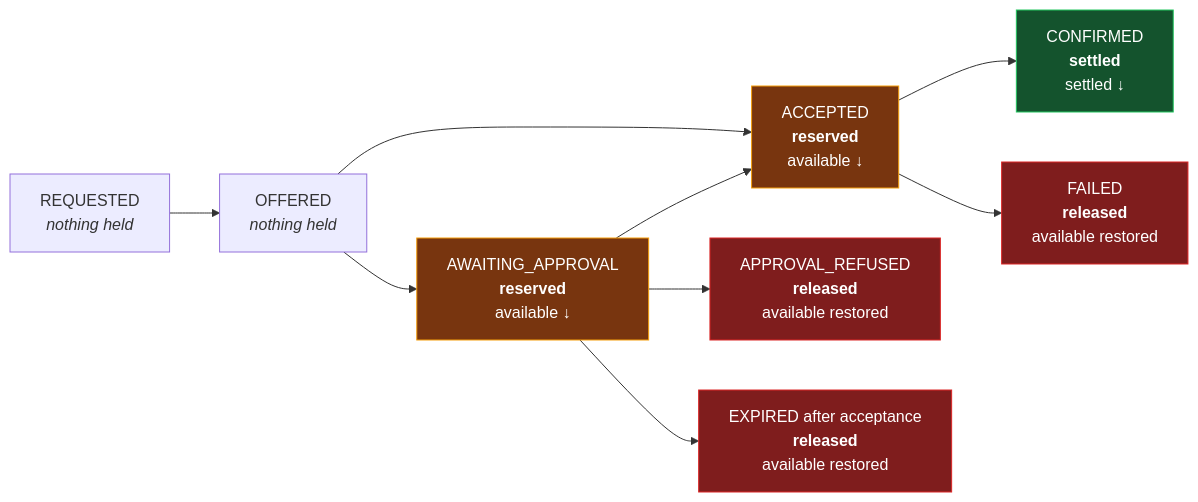
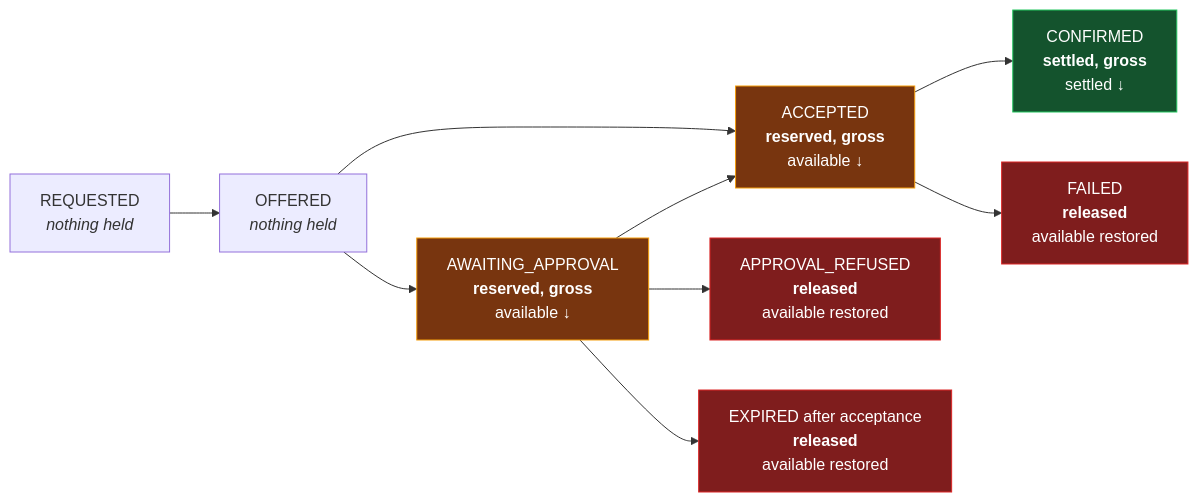
The fourth of 6 diagrams in specs/40-processes/01-trade-lifecycle.md (lukastosic-ifd/peakpowerspecs), drawn with Mermaid before and after one commit. The commit also changed other lines of this file and 66 other files, not shown here.

````diff
--- a/specs/40-processes/01-trade-lifecycle.md
+++ b/specs/40-processes/01-trade-lifecycle.md
@@ -154,27 +212,27 @@
 ```mermaid
 flowchart LR
     S1["REQUESTED<br/><i>nothing held</i>"]
     S2["OFFERED<br/><i>nothing held</i>"]
-    S6["AWAITING_APPROVAL<br/><b>reserved</b><br/>available ↓"]
-    S3["ACCEPTED<br/><b>reserved</b><br/>available ↓"]
-    S4["CONFIRMED<br/><b>settled</b><br/>settled ↓"]
+    S6["AWAITING_APPROVAL<br/><b>reserved, gross</b><br/>available ↓"]
+    S3["ACCEPTED<br/><b>reserved, gross</b><br/>available ↓"]
+    S4["CONFIRMED<br/><b>settled, gross</b><br/>settled ↓"]
     S5["FAILED<br/><b>released</b><br/>available restored"]
     S7["APPROVAL_REFUSED<br/><b>released</b><br/>available restored"]
     S8["EXPIRED after acceptance<br/><b>released</b><br/>available restored"]
 
     S1 --> S2
     S2 --> S3
     S2 --> S6
     S6 --> S3
     S6 --> S7
     S6 --> S8
     S3 --> S4
     S3 --> S5
 
     style S6 fill:#78350f,stroke:#f59e0b,color:#fff
     style S3 fill:#78350f,stroke:#f59e0b,color:#fff
     style S4 fill:#14532d,stroke:#22c55e,color:#fff
     style S5 fill:#7f1d1d,stroke:#dc2626,color:#fff
     style S7 fill:#7f1d1d,stroke:#dc2626,color:#fff
     style S8 fill:#7f1d1d,stroke:#dc2626,color:#fff
 ```
````
